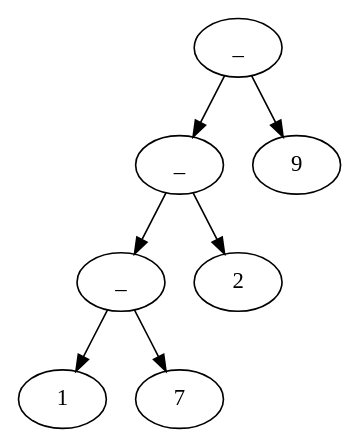
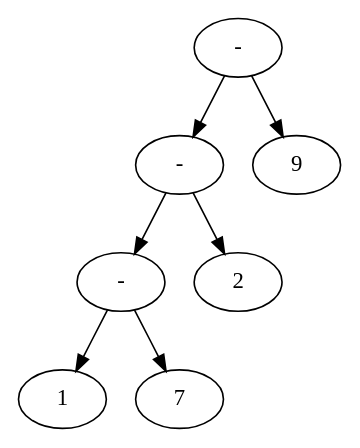
One commit to CSCI-49380-79526-Reactive-Programming/Lectures changed the diagram in Collections/graphics/reduceLeft2.dot. Above: the diagram before and after it, drawn with Graphviz. The commit also changed 2 other files, not shown here.

```diff
--- a/Collections/graphics/reduceLeft2.dot
+++ b/Collections/graphics/reduceLeft2.dot
@@ -1,12 +1,12 @@
 digraph {
-    op1 [label="_"]
-    op2 [label="_"]
-    op3 [label="_"]
+    op1 [label="-"]
+    op2 [label="-"]
+    op3 [label="-"]
 
     op1 -> "1"
     op1 -> "7"
     op2 -> op1
     op2 -> "2"
     op3 -> op2
     op3 -> "9"
 }
```
